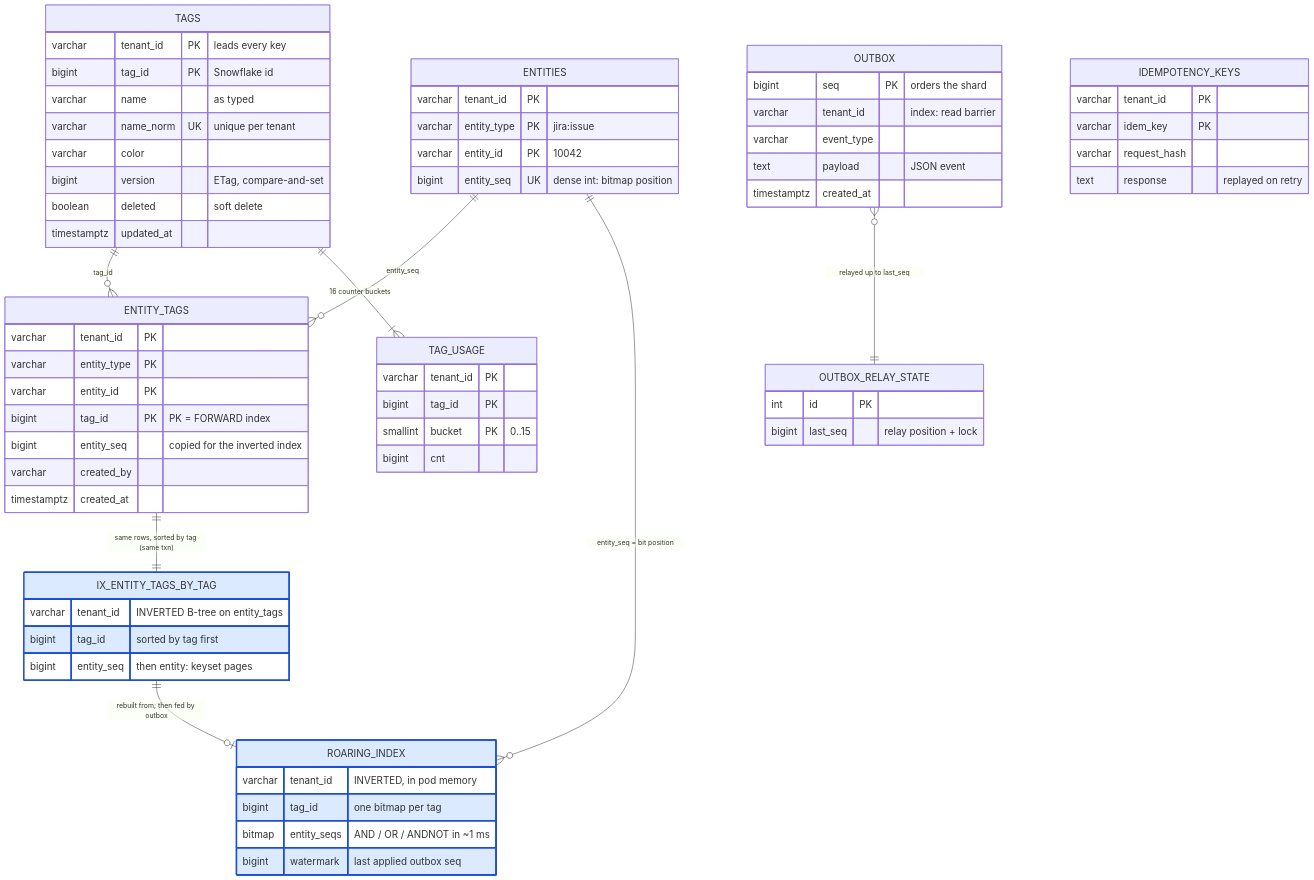
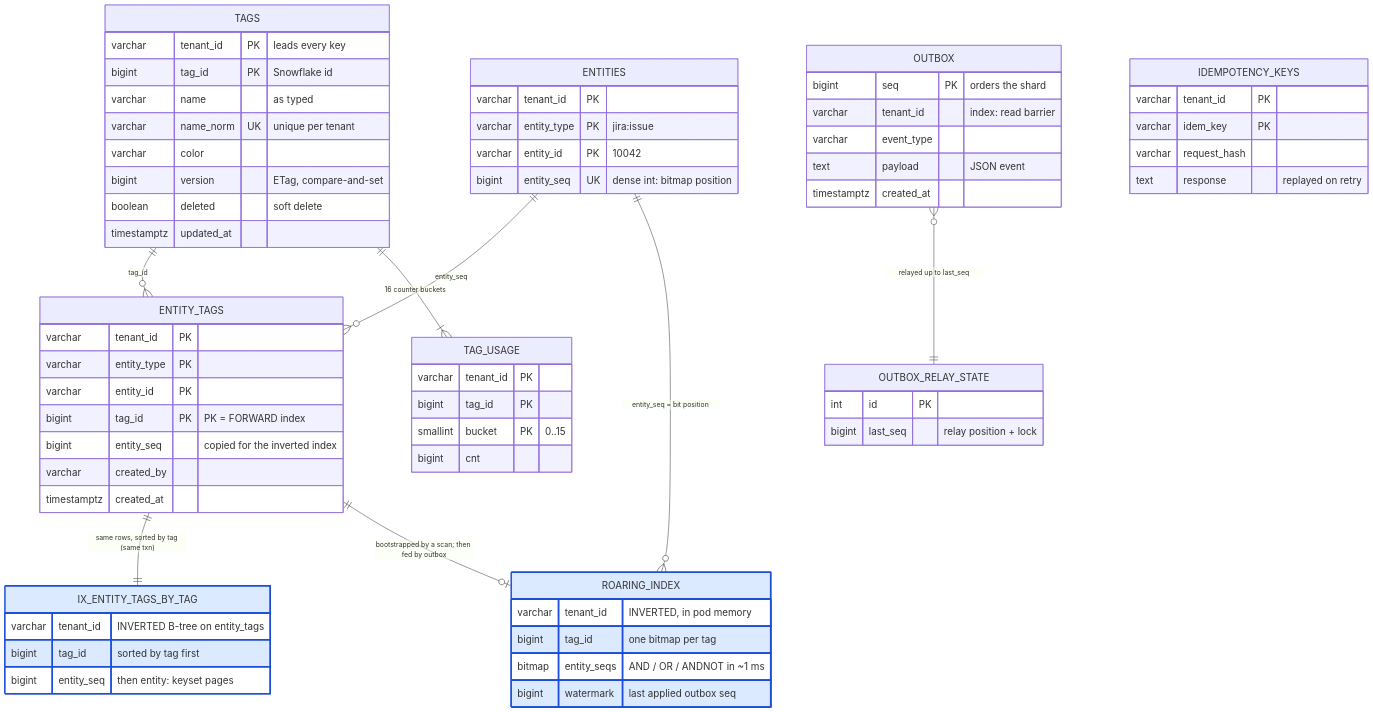
One commit to deyindra/System_Design changed the third of 5 diagrams in tagging/INTERVIEW.md. Above: the diagram before and after it, drawn with Mermaid. The commit also changed other lines of this file, not shown here.

````diff
--- a/tagging/INTERVIEW.md
+++ b/tagging/INTERVIEW.md
@@ -295,75 +303,75 @@
 ```mermaid
 %%{init: {"themeVariables": {"fontSize": "20px"}, "er": {"entityPadding": 20, "minEntityWidth": 160}}}%%
 erDiagram
   TAGS ||--o{ ENTITY_TAGS : "tag_id"
   ENTITIES ||--o{ ENTITY_TAGS : "entity_seq"
   TAGS ||--|{ TAG_USAGE : "16 counter buckets"
   OUTBOX }o--|| OUTBOX_RELAY_STATE : "relayed up to last_seq"
   ENTITY_TAGS ||--|| IX_ENTITY_TAGS_BY_TAG : "same rows, sorted by tag (same txn)"
-  IX_ENTITY_TAGS_BY_TAG ||--o| ROARING_INDEX : "rebuilt from; then fed by outbox"
+  ENTITY_TAGS ||--o| ROARING_INDEX : "bootstrapped by a scan; then fed by outbox"
   ENTITIES ||--o{ ROARING_INDEX : "entity_seq = bit position"
 
   IX_ENTITY_TAGS_BY_TAG {
     varchar tenant_id "INVERTED B-tree on entity_tags"
     bigint tag_id "sorted by tag first"
     bigint entity_seq "then entity: keyset pages"
   }
   ROARING_INDEX {
     varchar tenant_id "INVERTED, in pod memory"
     bigint tag_id "one bitmap per tag"
     bitmap entity_seqs "AND / OR / ANDNOT in ~1 ms"
     bigint watermark "last applied outbox seq"
   }
 
   TAGS {
     varchar tenant_id PK "leads every key"
     bigint tag_id PK "Snowflake id"
     varchar name "as typed"
     varchar name_norm UK "unique per tenant"
     varchar color
     bigint version "ETag, compare-and-set"
     boolean deleted "soft delete"
     timestamptz updated_at
   }
   style IX_ENTITY_TAGS_BY_TAG fill:#dbeafe,stroke:#1d4ed8,stroke-width:3px
   style ROARING_INDEX fill:#dbeafe,stroke:#1d4ed8,stroke-width:3px
 
   ENTITIES {
     varchar tenant_id PK
     varchar entity_type PK "jira:issue"
     varchar entity_id PK "10042"
     bigint entity_seq UK "dense int: bitmap position"
   }
   ENTITY_TAGS {
     varchar tenant_id PK
     varchar entity_type PK
     varchar entity_id PK
     bigint tag_id PK "PK = FORWARD index"
     bigint entity_seq "copied for the inverted index"
     varchar created_by
     timestamptz created_at
   }
   TAG_USAGE {
     varchar tenant_id PK
     bigint tag_id PK
     smallint bucket PK "0..15"
     bigint cnt
   }
   OUTBOX {
     bigint seq PK "orders the shard"
     varchar tenant_id "index: read barrier"
     varchar event_type
     text payload "JSON event"
     timestamptz created_at
   }
   OUTBOX_RELAY_STATE {
     int id PK
     bigint last_seq "relay position + lock"
   }
   IDEMPOTENCY_KEYS {
     varchar tenant_id PK
     varchar idem_key PK
     varchar request_hash
     text response "replayed on retry"
   }
 ```
````
